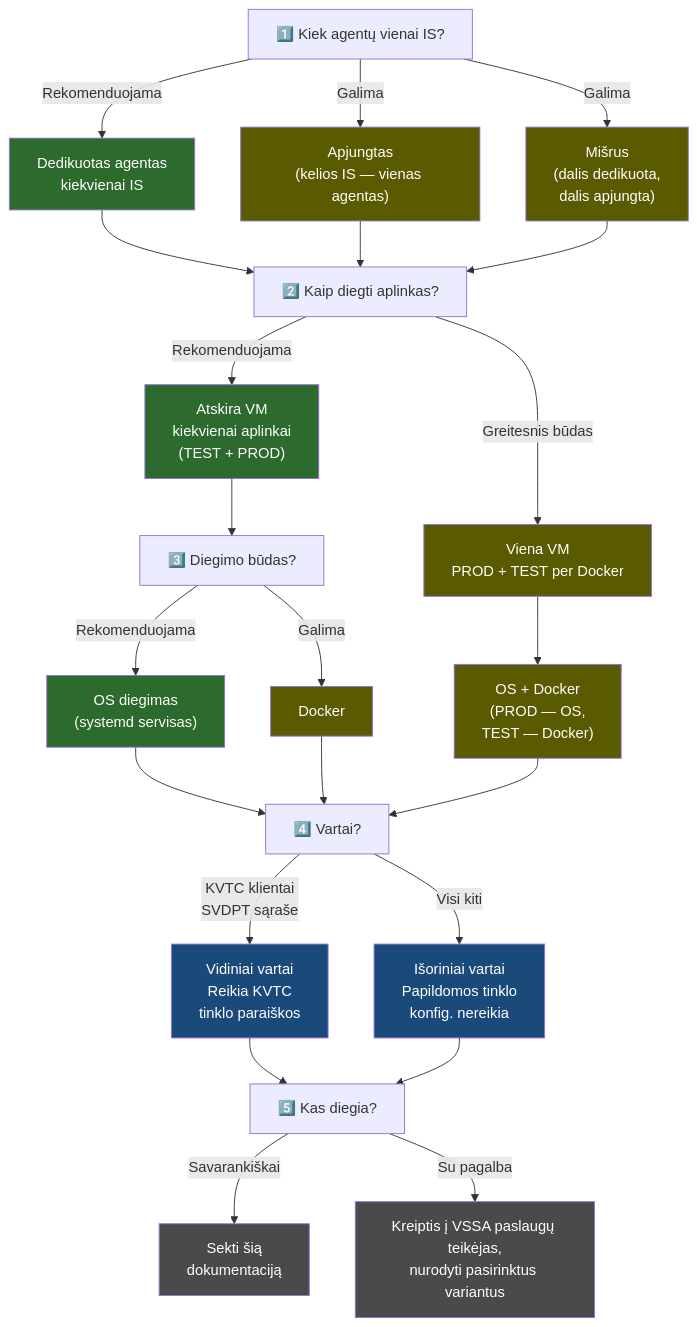
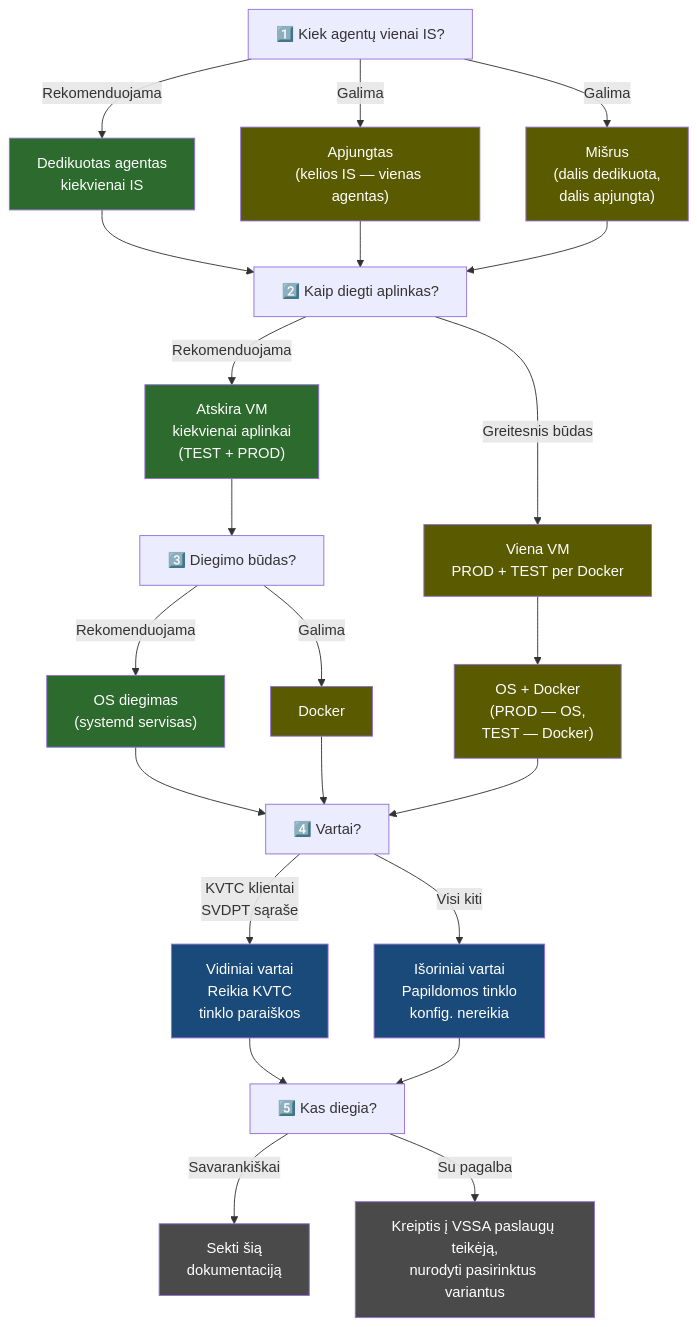
The diagram in docs/lt/agentas/sprendimai.md (atviriduomenys/spinta), drawn with Mermaid before and after one commit. The commit also changed other lines of this file, not shown here.

Commit message:
docs: pataisyta linksnių forma - teikėjas → teikėją/teikėjo

````diff
--- a/docs/lt/agentas/sprendimai.md
+++ b/docs/lt/agentas/sprendimai.md
@@ -5,44 +5,44 @@
 ```{mermaid}
 flowchart TD
     Q1["1️⃣ Kiek agentų vienai IS?"]
     Q1 -->|"Rekomenduojama"| A1["Dedikuotas agentas<br/>kiekvienai IS"]
     Q1 -->|"Galima"| A2["Apjungtas<br/>(kelios IS — vienas agentas)"]
     Q1 -->|"Galima"| A3["Mišrus<br/>(dalis dedikuota,<br/>dalis apjungta)"]
 
     A1 & A2 & A3 --> Q2
 
     Q2["2️⃣ Kaip diegti aplinkas?"]
     Q2 -->|"Rekomenduojama"| B1["Atskira VM<br/>kiekvienai aplinkai<br/>(TEST + PROD)"]
     Q2 -->|"Greitesnis būdas"| B2["Viena VM<br/>PROD + TEST per Docker"]
 
     B1 --> Q3A["3️⃣ Diegimo būdas?"]
     Q3A -->|"Rekomenduojama"| C1["OS diegimas<br/>(systemd servisas)"]
     Q3A -->|"Galima"| C2["Docker"]
 
     B2 --> C3["OS + Docker<br/>(PROD — OS,<br/>TEST — Docker)"]
 
     C1 & C2 & C3 --> Q4
 
     Q4["4️⃣ Vartai?"]
     Q4 -->|"KVTC klientai<br/>SVDPT sąraše"| D1["Vidiniai vartai<br/>Reikia KVTC<br/>tinklo paraiškos"]
     Q4 -->|"Visi kiti"| D2["Išoriniai vartai<br/>Papildomos tinklo<br/>konfig. nereikia"]
 
     D1 & D2 --> Q5
 
     Q5["5️⃣ Kas diegia?"]
     Q5 -->|"Savarankiškai"| E1["Sekti šią<br/>dokumentaciją"]
-    Q5 -->|"Su pagalba"| E2["Kreiptis į VSSA paslaugų teikėjas,<br/>nurodyti pasirinktus variantus"]
+    Q5 -->|"Su pagalba"| E2["Kreiptis į VSSA paslaugų teikėją,<br/>nurodyti pasirinktus variantus"]
 
     style A1 fill:#2d6a2d,color:#fff
     style B1 fill:#2d6a2d,color:#fff
     style C1 fill:#2d6a2d,color:#fff
     style A2 fill:#5a5a00,color:#fff
     style A3 fill:#5a5a00,color:#fff
     style B2 fill:#5a5a00,color:#fff
     style C2 fill:#5a5a00,color:#fff
     style C3 fill:#5a5a00,color:#fff
     style D1 fill:#1a4a7a,color:#fff
     style D2 fill:#1a4a7a,color:#fff
     style E1 fill:#4a4a4a,color:#fff
     style E2 fill:#4a4a4a,color:#fff
 ```
````
